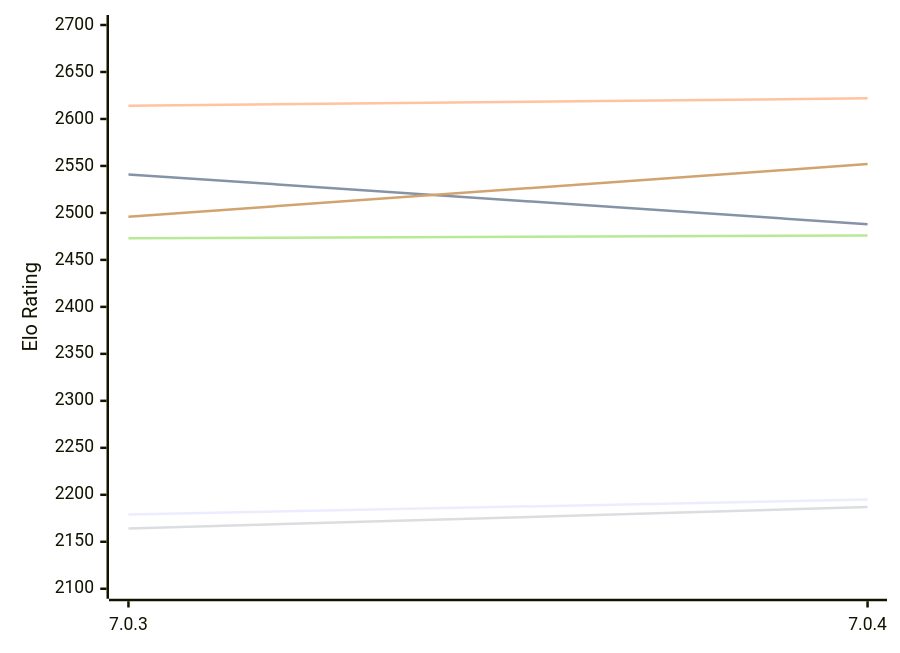
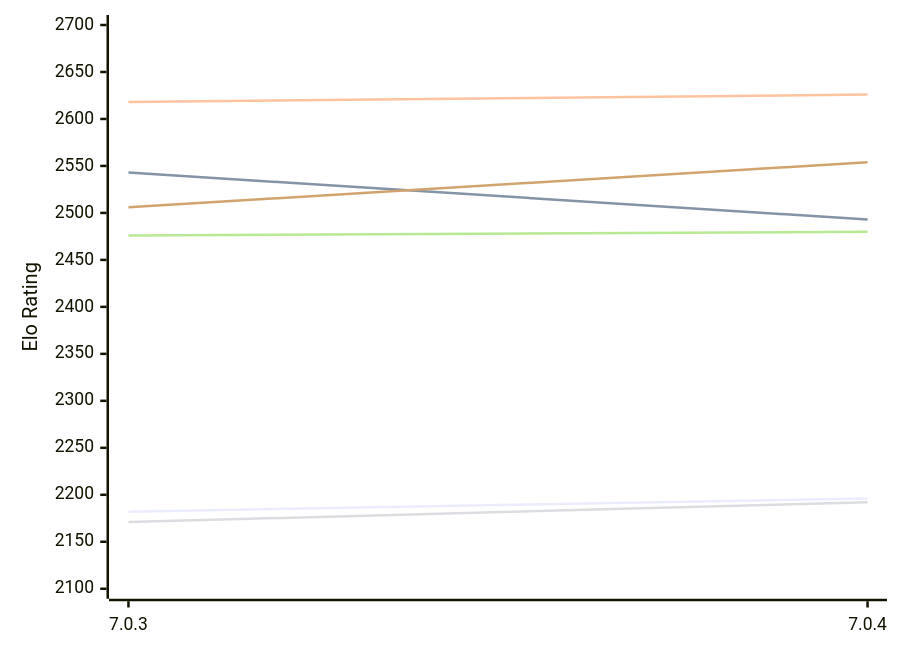
The diagram in engines/Buster.md (computer-chess-index/cci), drawn with Mermaid before and after one commit. The commit also changed other lines of this file, not shown here.

Commit message:
Update CCI Ratings (ELO VLTC) - 2026-11-20

````diff
--- a/engines/Buster.md
+++ b/engines/Buster.md
@@ -49,12 +49,12 @@
 ```mermaid
 %%{init: {"theme":"base","themeVariables":{"seriesColors:['#a3a3a3','#222221','#faa371']}}}%%
 xychart-beta
   x-axis ["7.0.3", "7.0.4"]
   y-axis "Elo Rating" 2100 --> 2700
-  line "E1: STC (8.0+0.08s)" [2179, 2195]
-  line "E1: LTC (60.0+0.60s)" [2541, 2488]
-  line "E1: VLTC (2m24s+1.12s)" [2614, 2622]
-  line "P1: STC (8.0+0.08s)" [2164, 2187]
-  line "P1: LTC (60.0+0.60s)" [2473, 2476]
-  line "P1: VLTC (2m24s+1.12s)" [2496, 2552]
+  line "E1: STC (8.0+0.08s)" [2182, 2196]
+  line "E1: LTC (60.0+0.60s)" [2543, 2493]
+  line "E1: VLTC (2m24s+1.12s)" [2618, 2626]
+  line "P1: STC (8.0+0.08s)" [2171, 2192]
+  line "P1: LTC (60.0+0.60s)" [2476, 2480]
+  line "P1: VLTC (2m24s+1.12s)" [2506, 2554]
 ```
````
